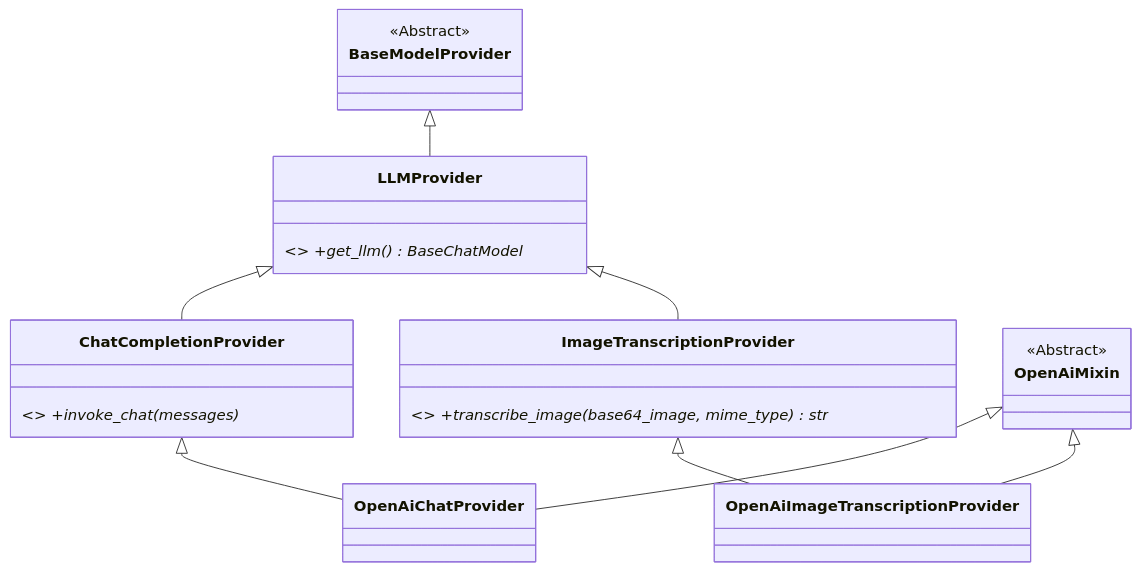
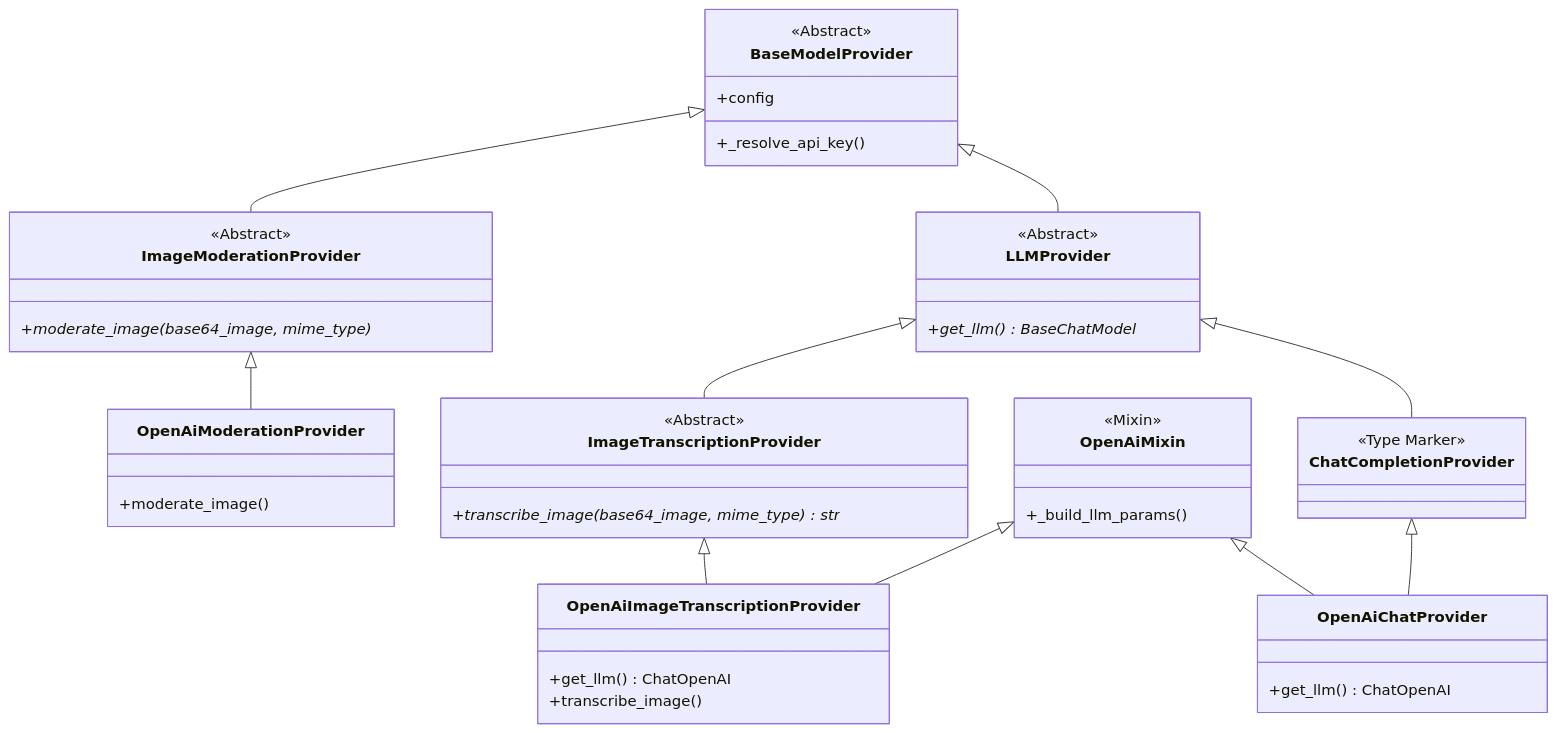
The diagram in docs/imageTranscriptSupport/imageTranscriptSupport_specFile.md (python-ai-bootcamp/myChatImposter), drawn with Mermaid before and after one commit. The commit also changed other lines of this file and 3 other files, not shown here.

````diff
--- a/docs/imageTranscriptSupport/imageTranscriptSupport_specFile.md
+++ b/docs/imageTranscriptSupport/imageTranscriptSupport_specFile.md
@@ -87,17 +76,47 @@
 ```mermaid
 classDiagram
     direction BT
-    class BaseModelProvider { <<Abstract>> }
-    class LLMProvider { <<Abstract>> +get_llm() BaseChatModel* }
-    class ChatCompletionProvider { <<Abstract>> +invoke_chat(messages)* }
-    class ImageTranscriptionProvider { <<Abstract>> +transcribe_image(base64_image, mime_type) str* }
-    class OpenAiMixin { <<Abstract>> }
-    
+    class BaseModelProvider {
+        <<Abstract>>
+        +config
+        +_resolve_api_key()
+    }
+    class LLMProvider {
+        <<Abstract>>
+        +get_llm() BaseChatModel*
+    }
+    class ChatCompletionProvider {
+        <<Type Marker>>
+    }
+    class ImageTranscriptionProvider {
+        <<Abstract>>
+        +transcribe_image(base64_image, mime_type) str*
+    }
+    class ImageModerationProvider {
+        <<Abstract>>
+        +moderate_image(base64_image, mime_type)*
+    }
+    class OpenAiMixin {
+        <<Mixin>>
+        +_build_llm_params()
+    }
+    class OpenAiChatProvider {
+        +get_llm() ChatOpenAI
+    }
+    class OpenAiImageTranscriptionProvider {
+        +get_llm() ChatOpenAI
+        +transcribe_image()
+    }
+    class OpenAiModerationProvider {
+        +moderate_image()
+    }
     LLMProvider --|> BaseModelProvider
+    ImageModerationProvider --|> BaseModelProvider
     ChatCompletionProvider --|> LLMProvider
     ImageTranscriptionProvider --|> LLMProvider
     OpenAiChatProvider --|> ChatCompletionProvider
     OpenAiChatProvider --|> OpenAiMixin
     OpenAiImageTranscriptionProvider --|> ImageTranscriptionProvider
     OpenAiImageTranscriptionProvider --|> OpenAiMixin
+    OpenAiModerationProvider --|> ImageModerationProvider
 ```
````
